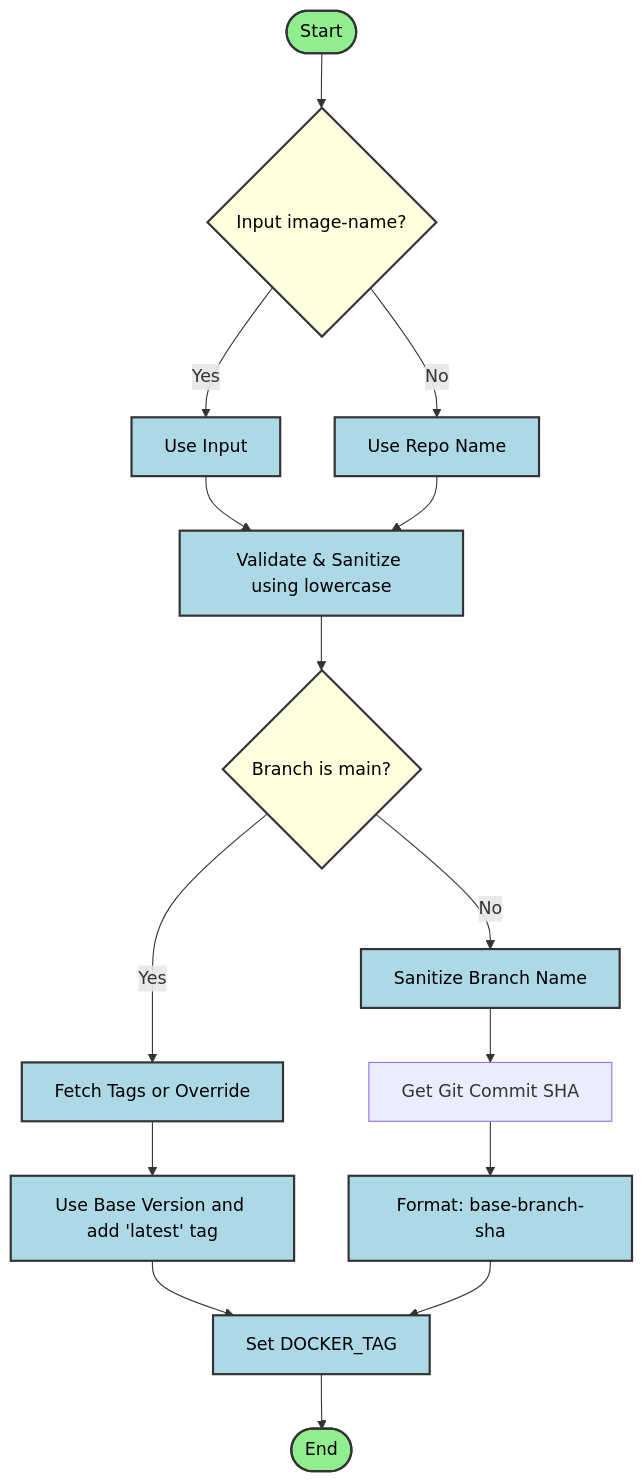
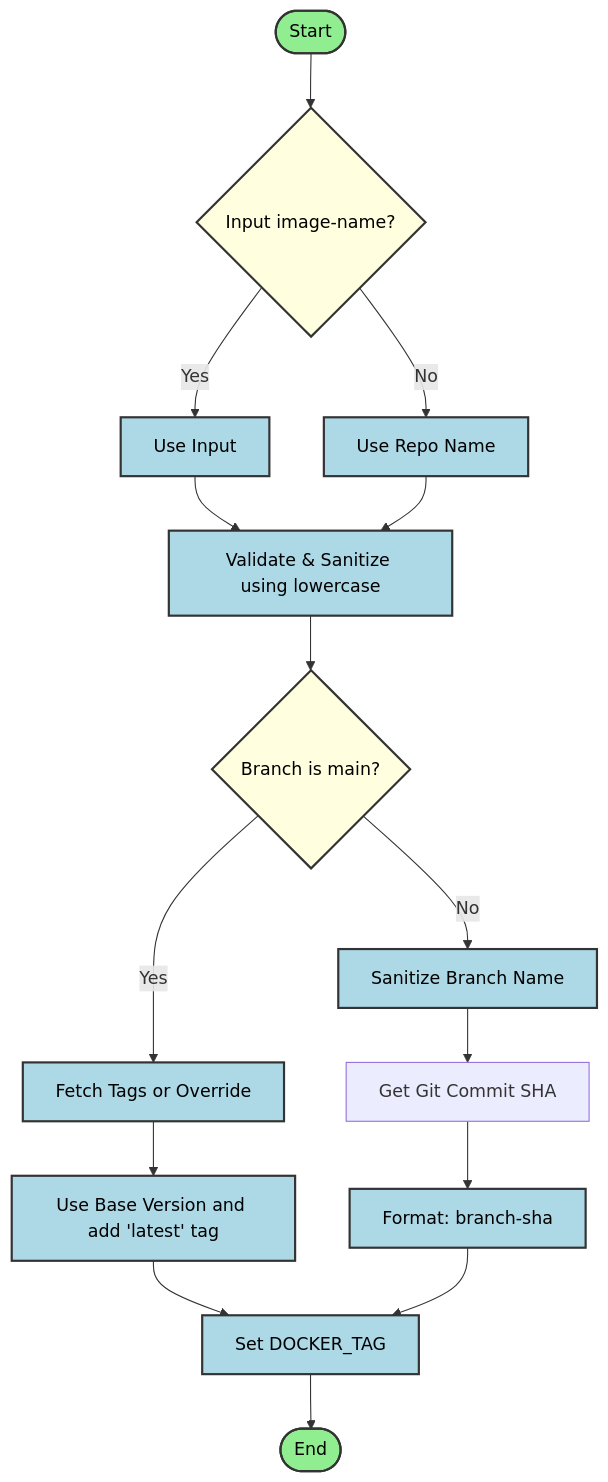
One commit to orbitcluster/oc-cicd-docker-build-workflow changed the diagram in README.md. Above: the diagram before and after it, drawn with Mermaid. The commit also changed other lines of this file and 1 other file, not shown here.

Commit message:
chore: remove base version from non-main branch tags

````diff
--- a/README.md
+++ b/README.md
@@ -47,25 +47,25 @@
 ```mermaid
 flowchart TD
     Start([Start]) --> InputImage{Input image-name?}
     InputImage -- Yes --> UseInput[Use Input]
     InputImage -- No --> UseRepo[Use Repo Name]
     UseInput --> Validate[Validate & Sanitize using lowercase]
     UseRepo --> Validate
     Validate --> CheckBranch{Branch is main?}
     CheckBranch -- Yes --> FetchTags[Fetch Tags or Override]
     FetchTags --> LatestTag[Use Base Version and add 'latest' tag]
     LatestTag --> Output[Set DOCKER_TAG]
     CheckBranch -- No --> SanitizeBranch[Sanitize Branch Name]
     SanitizeBranch --> GetSHA[Get Git Commit SHA]
-    GetSHA --> FormatTag[Format: base-branch-sha]
+    GetSHA --> FormatTag[Format: branch-sha]
     FormatTag --> Output
     Output --> End([End])
 
     classDef startend fill:#90EE90,stroke:#333,stroke-width:2px,color:#000;
     classDef process fill:#ADD8E6,stroke:#333,stroke-width:2px,color:#000;
     classDef decision fill:#FFFFE0,stroke:#333,stroke-width:2px,color:#000;
 
     class Start,End startend;
     class UseInput,UseRepo,Validate,FetchTags,LatestTag,Output,SanitizeBranch,GetIDs,FormatTag process;
     class InputImage,CheckBranch decision;
 ```
````
